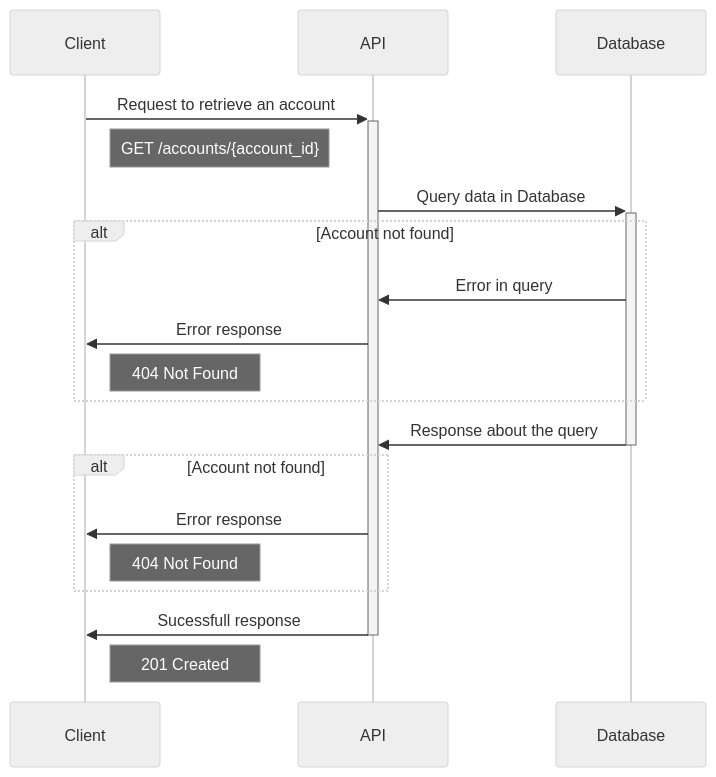
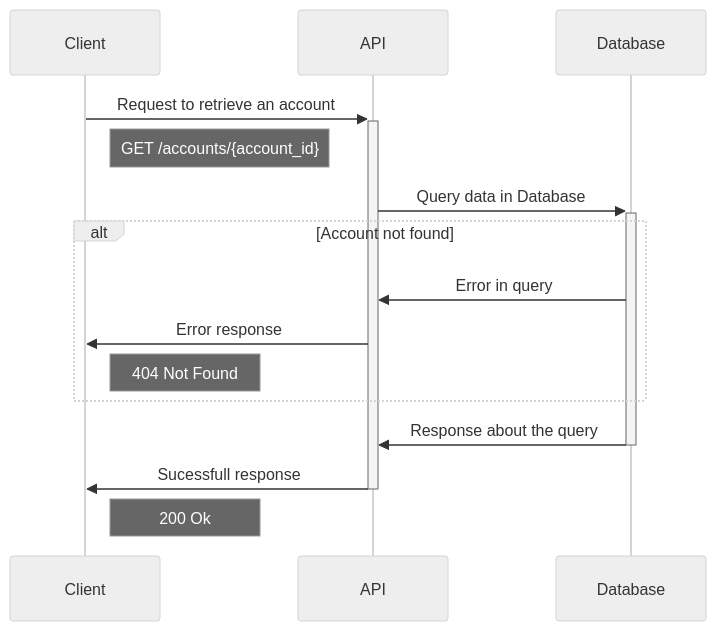
Before and after one commit to gabrielmvnog/bank-account: the third of 5 diagrams in README.md, drawn with Mermaid (neutral theme). The commit also changed other lines of this file and 7 other files, not shown here.

````diff
--- a/README.md
+++ b/README.md
@@ -133,21 +133,16 @@
 ```mermaid
 sequenceDiagram
     Client->>+API: Request to retrieve an account
     Note right of Client: GET /accounts/{account_id}
 
     API->>+Database: Query data in Database
     alt Account not found
         Database->>API: Error in query
         API->>Client: Error response
         Note right of Client: 404 Not Found
     end    
     Database->>-API: Response about the query    
 
-    alt Account not found
-        API->>Client: Error response
-        Note right of Client: 404 Not Found
-    end
-
     API->>-Client: Sucessfull response
-    Note right of Client: 201 Created
+    Note right of Client: 200 Ok
 ```
````
